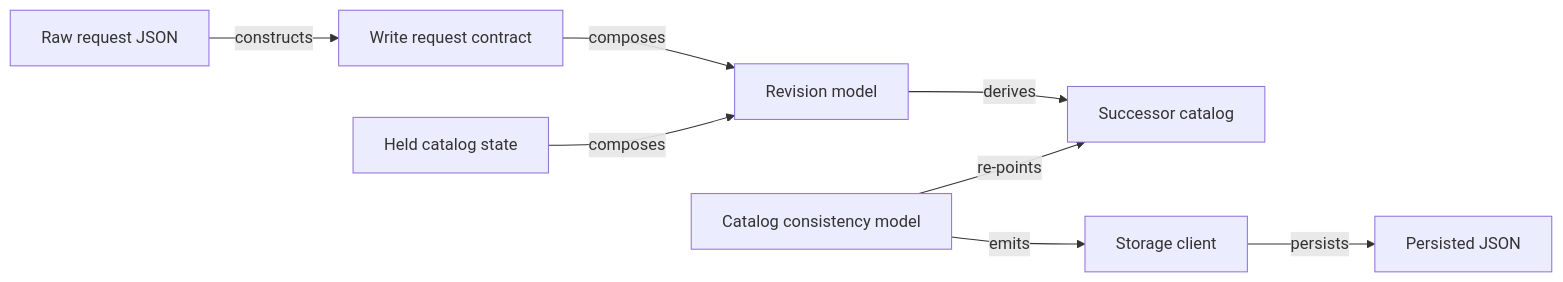
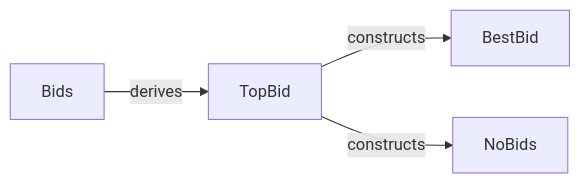
One commit to kylejtobin/tca changed the second of 2 diagrams in wiki/practice/construct-graphs.md. Above: the diagram before and after it, drawn with Mermaid. The commit also changed other lines of this file and 66 other files, not shown here.

````diff
--- a/wiki/practice/construct-graphs.md
+++ b/wiki/practice/construct-graphs.md
@@ -199,19 +112,11 @@
 ```mermaid
 flowchart LR
-    raw[Raw request JSON]
-    request[Write request contract]
-    state[Held catalog state]
-    revision[Revision model]
-    successor[Successor catalog]
-    consistency[Catalog consistency model]
-    client[Storage client]
-    stored[Persisted JSON]
+    bids[Bids]
+    top[TopBid]
+    best[BestBid]
+    none[NoBids]
 
-    raw -->|constructs| request
-    request -->|composes| revision
-    state -->|composes| revision
-    revision -->|derives| successor
-    consistency -->|re-points| successor
-    consistency -->|emits| client
-    client -->|persists| stored
+    bids -->|derives| top
+    top -->|constructs| best
+    top -->|constructs| none
 ```
````
